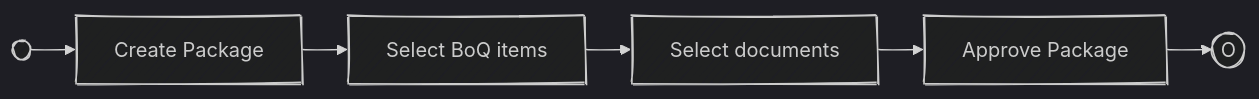
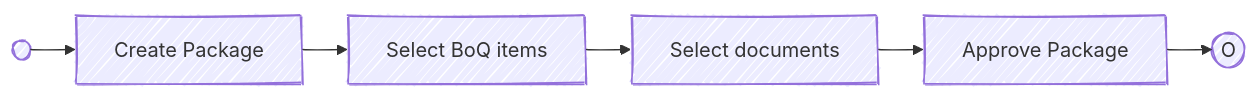
One commit to ScubaSteveInAus/BuildFlow changed the second of 2 diagrams in README.md. Above: the diagram before and after it, drawn with Mermaid.

````diff
--- a/README.md
+++ b/README.md
@@ -29,14 +29,13 @@
 ```mermaid
 ---
 config:
   layout: elk
   look: handDrawn
-  theme: dark
 ---
 flowchart LR
   A((    )) --> B[Create Package]
   B --> C[Select BoQ items]
   C --> D[Select documents]
   D --> E[Approve Package]
   E -->F((O))
 ```
````
